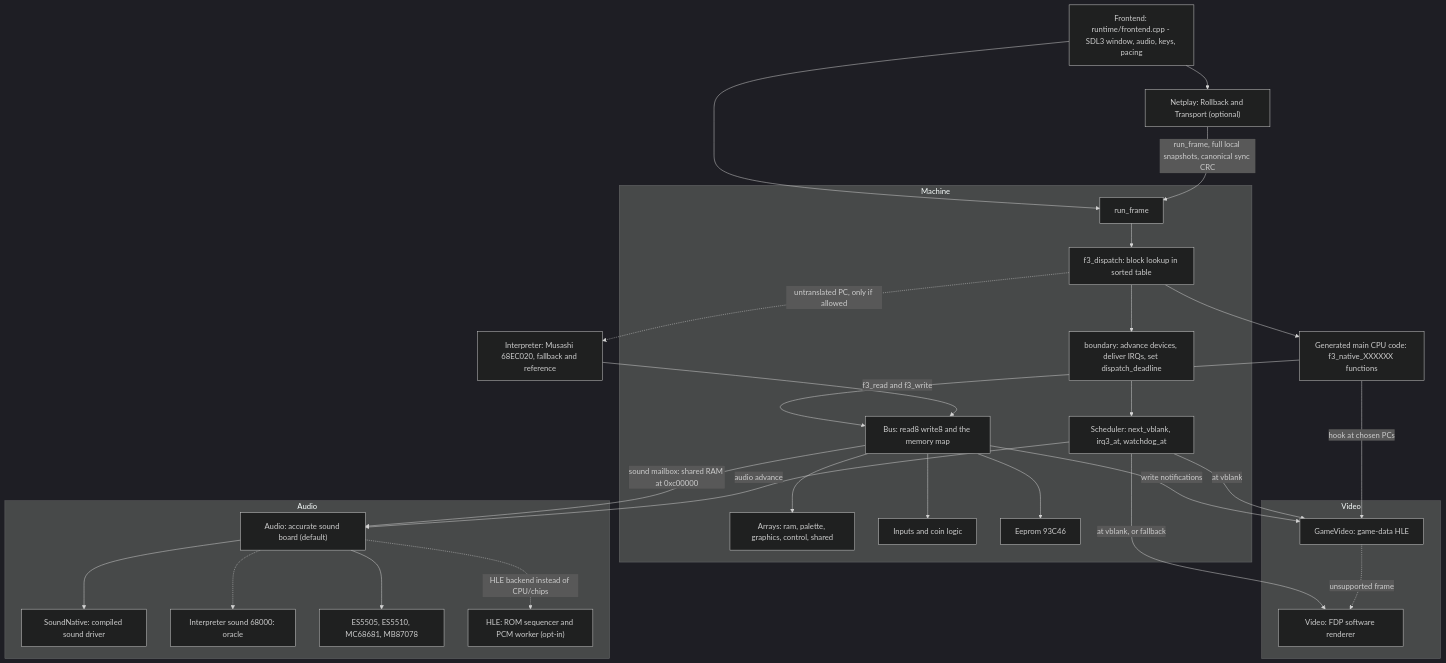
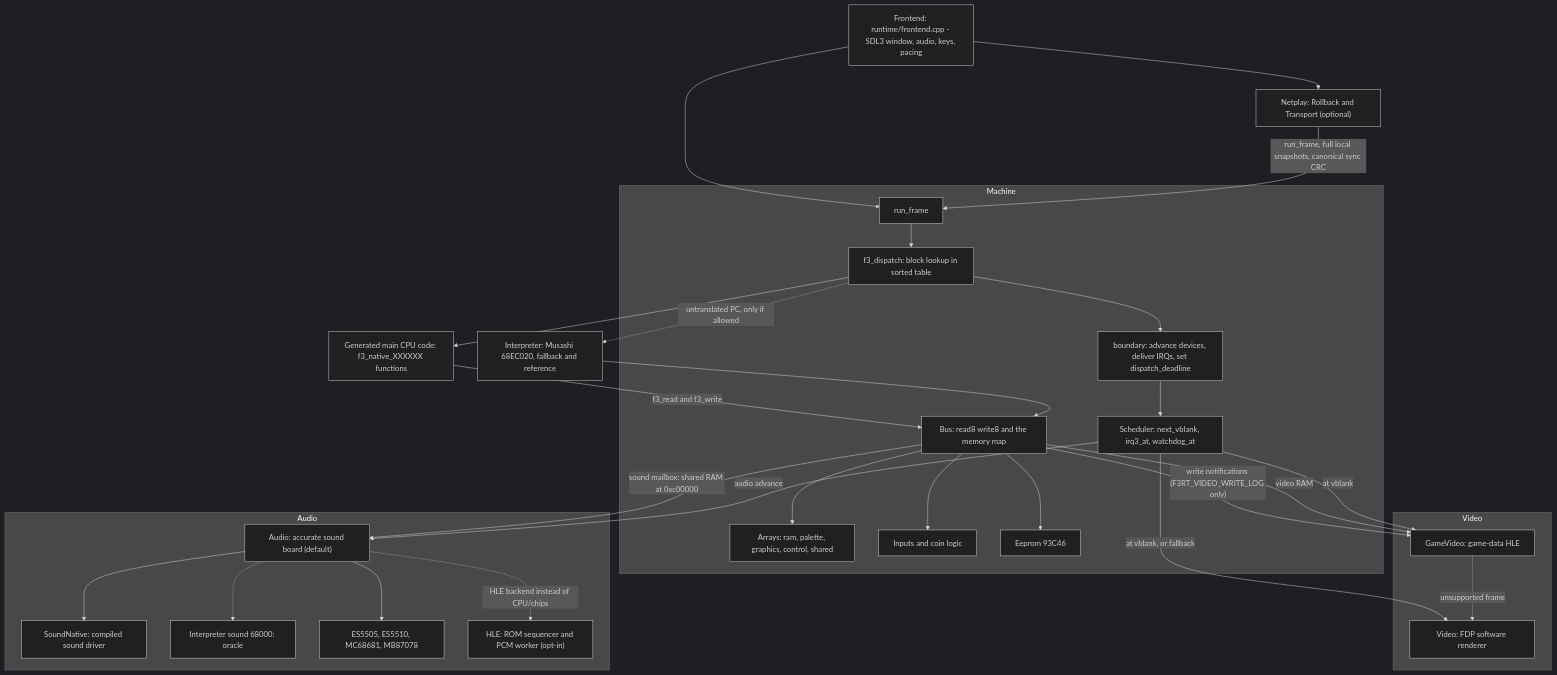
Before and after one commit to ansxor/f3-recomp: the second of 5 diagrams in docs/site/developer/architecture.md, drawn with Mermaid (dark theme). The commit also changed other lines of this file and 73 other files, not shown here.

Commit message:
Rework game video HLE: generic/log/decode modules, scene/sprite/tile/text/line updates, docs refresh

````diff
--- a/docs/site/developer/architecture.md
+++ b/docs/site/developer/architecture.md
@@ -103,52 +103,52 @@
 ```mermaid
 flowchart TB
     FE["Frontend: runtime/frontend.cpp - SDL3 window, audio, keys, pacing"]
     NP["Netplay: Rollback and Transport (optional)"]
     subgraph M["Machine"]
         RF["run_frame"]
         DISP["f3_dispatch: block lookup in sorted table"]
         BND["boundary: advance devices, deliver IRQs, set dispatch_deadline"]
         SCH["Scheduler: next_vblank, irq3_at, watchdog_at"]
         BUS["Bus: read8 write8 and the memory map"]
         MEM["Arrays: ram, palette, graphics, control, shared"]
         IN["Inputs and coin logic"]
         EE["Eeprom 93C46"]
     end
     GEN["Generated main CPU code: f3_native_XXXXXX functions"]
     INT["Interpreter: Musashi 68EC020, fallback and reference"]
     subgraph VID["Video"]
         GV["GameVideo: game-data HLE"]
         FDP["Video: FDP software renderer"]
     end
     subgraph AUD["Audio"]
         AU["Audio: accurate sound board (default)"]
         SN["SoundNative: compiled sound driver"]
         SI["Interpreter sound 68000: oracle"]
         CH["ES5505, ES5510, MC68681, MB87078"]
         HW["HLE: ROM sequencer and PCM worker (opt-in)"]
     end
     FE --> RF
     NP -->|"run_frame, full local snapshots, canonical sync CRC"| RF
     FE --> NP
     RF --> DISP
     DISP --> BND
     BND --> SCH
     DISP --> GEN
     DISP -.->|"untranslated PC, only if allowed"| INT
     GEN -->|"f3_read and f3_write"| BUS
     INT --> BUS
     BUS --> MEM
     BUS --> IN
     BUS --> EE
     BUS -->|"sound mailbox: shared RAM at 0xc00000"| AU
-    BUS -->|"write notifications"| GV
-    GEN -->|"hook at chosen PCs"| GV
+    BUS -->|"write notifications (F3RT_VIDEO_WRITE_LOG only)"| GV
+    BUS -->|"video RAM"| GV
     SCH -->|"at vblank"| GV
     SCH -->|"at vblank, or fallback"| FDP
     GV -.->|"unsupported frame"| FDP
     SCH -->|"audio advance"| AU
     AU --> CH
     AU --> SN
     AU -.-> SI
     AU -.->|"HLE backend instead of CPU/chips"| HW
 ```
````
